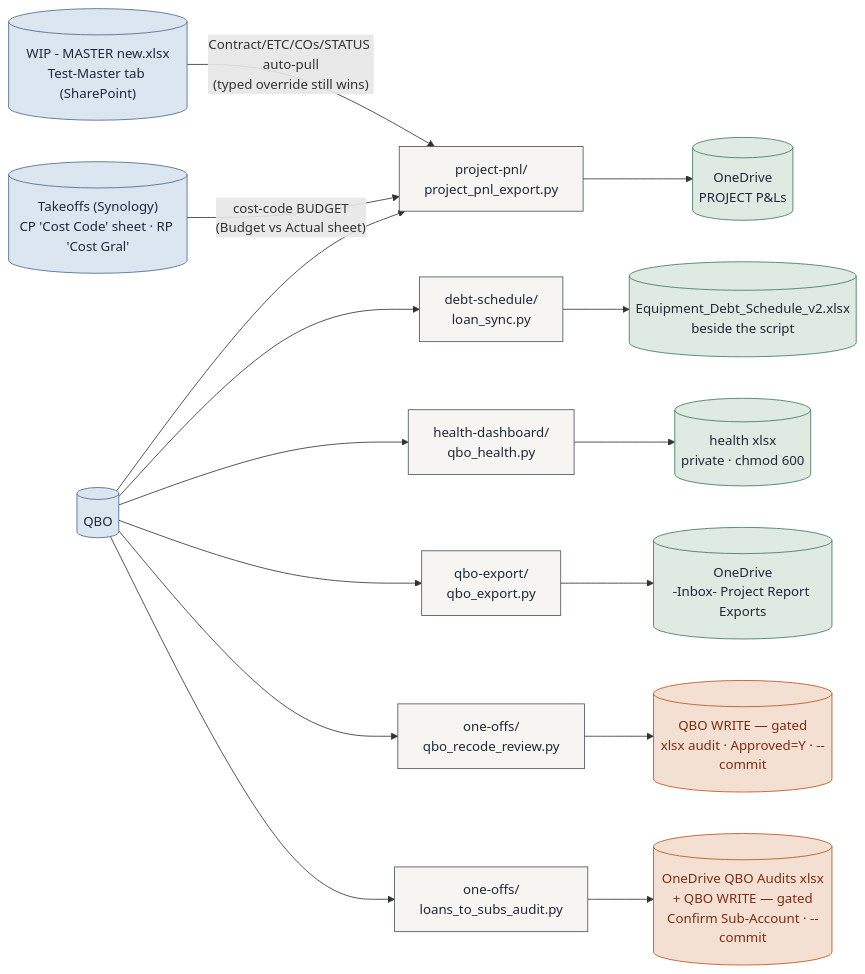
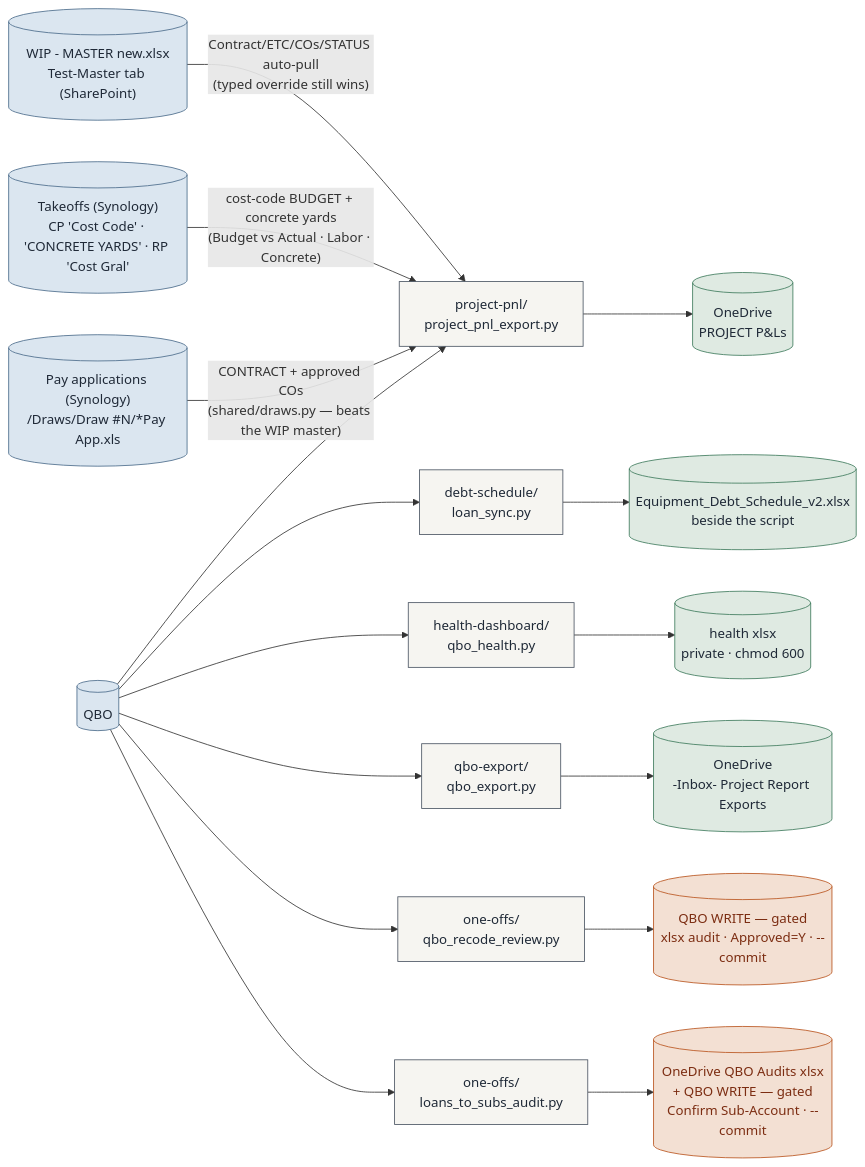
The fourth of 5 diagrams in docs/ARCHITECTURE.md (Ecarlo-Proficient/Claude-Report), drawn with Mermaid before and after one commit. The commit also changed other lines of this file and 3 other files, not shown here.

````diff
--- a/docs/ARCHITECTURE.md
+++ b/docs/ARCHITECTURE.md
@@ -150,33 +150,35 @@
 ```mermaid
 flowchart LR
     classDef src fill:#dbe6f0,stroke:#4A6B8A,color:#1f2937
     classDef tool fill:#f6f5f1,stroke:#4b5563,color:#1f2937
     classDef out fill:#dfeae2,stroke:#3E7A5C,color:#1f2937
     classDef gate fill:#f3e0d3,stroke:#B9541E,color:#7c2d12
 
     QBO[("QBO")]:::src
     WIPM[("WIP - MASTER new.xlsx\nTest-Master tab (SharePoint)")]:::src
-    TKO[("Takeoffs (Synology)\nCP 'Cost Code' sheet · RP 'Cost Gral'")]:::src
+    TKO[("Takeoffs (Synology)\nCP 'Cost Code' · 'CONCRETE YARDS' · RP 'Cost Gral'")]:::src
+    G702[("Pay applications (Synology)\n<CP job>/Draws/Draw #N/*Pay App.xls")]:::src
     PNL["project-pnl/\nproject_pnl_export.py"]:::tool
     LOAN["debt-schedule/\nloan_sync.py"]:::tool
     HEALTH["health-dashboard/\nqbo_health.py"]:::tool
     EXP["qbo-export/\nqbo_export.py"]:::tool
     RECODE["one-offs/\nqbo_recode_review.py"]:::tool
     LOANS["one-offs/\nloans_to_subs_audit.py"]:::tool
 
     P1[("OneDrive\nPROJECT P&Ls")]:::out
     P2[("Equipment_Debt_Schedule_v2.xlsx\nbeside the script")]:::out
     P3[("health xlsx\nprivate · chmod 600")]:::out
     P4[("OneDrive\n-Inbox- Project Report Exports")]:::out
     P5[("QBO WRITE — gated\nxlsx audit · Approved=Y · --commit")]:::gate
     P7[("OneDrive QBO Audits xlsx\n+ QBO WRITE — gated\nConfirm Sub-Account · --commit")]:::gate
 
     QBO --> PNL --> P1
     WIPM -->|"Contract/ETC/COs/STATUS auto-pull\n(typed override still wins)"| PNL
-    TKO -->|"cost-code BUDGET\n(Budget vs Actual sheet)"| PNL
+    TKO -->|"cost-code BUDGET + concrete yards\n(Budget vs Actual · Labor · Concrete)"| PNL
+    G702 -->|"CONTRACT + approved COs\n(shared/draws.py — beats the WIP master)"| PNL
     QBO --> LOAN --> P2
     QBO --> HEALTH --> P3
     QBO --> EXP --> P4
     QBO --> RECODE --> P5
     QBO --> LOANS --> P7
 ```
````
